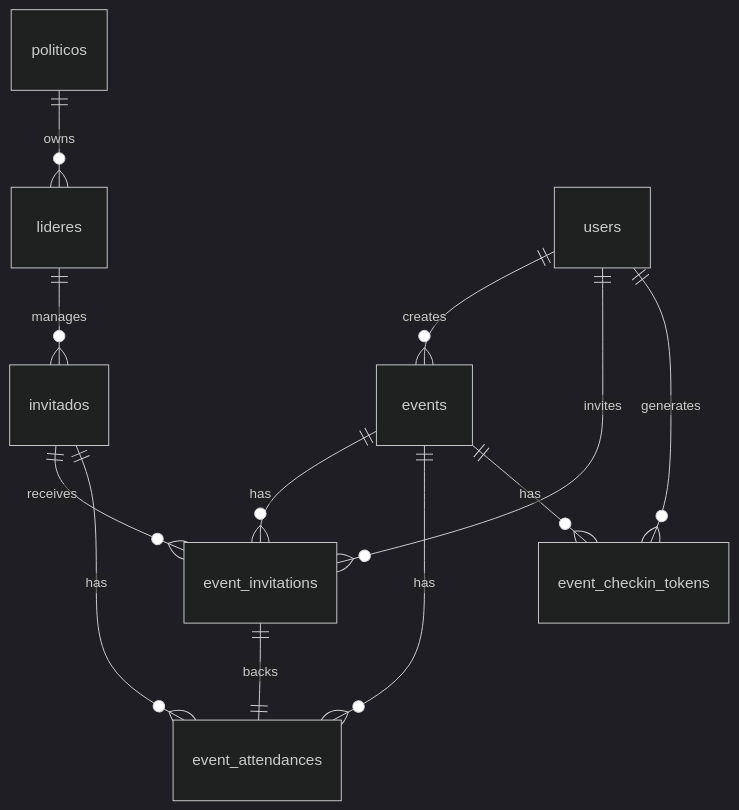
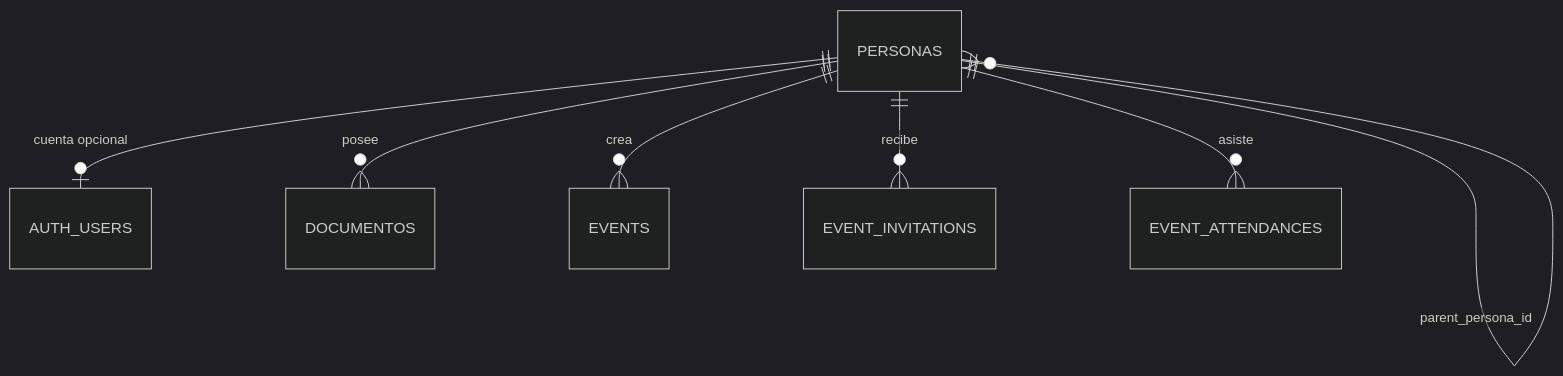
One commit to Westfold-Advisory/aditsystem-backend changed the diagram in docs/database.md. Above: the diagram before and after it, drawn with Mermaid (dark theme). The commit also changed other lines of this file and 42 other files, not shown here.

````diff
--- a/docs/database.md
+++ b/docs/database.md
@@ -197,14 +11,9 @@
 ```mermaid
 erDiagram
-  politicos ||--o{ lideres : owns
-  lideres ||--o{ invitados : manages
-  invitados ||--o{ event_invitations : receives
-  invitados ||--o{ event_attendances : has
-  users ||--o{ events : creates
-  users ||--o{ event_invitations : invites
-  users ||--o{ event_checkin_tokens : generates
-  events ||--o{ event_invitations : has
-  events ||--o{ event_attendances : has
-  events ||--o{ event_checkin_tokens : has
-  event_invitations ||--|| event_attendances : backs
+  PERSONAS ||--o| AUTH_USERS : "cuenta opcional"
+  PERSONAS ||--o{ PERSONAS : parent_persona_id
+  PERSONAS ||--o{ DOCUMENTOS : posee
+  PERSONAS ||--o{ EVENTS : crea
+  PERSONAS ||--o{ EVENT_INVITATIONS : recibe
+  PERSONAS ||--o{ EVENT_ATTENDANCES : asiste
 ```
````
